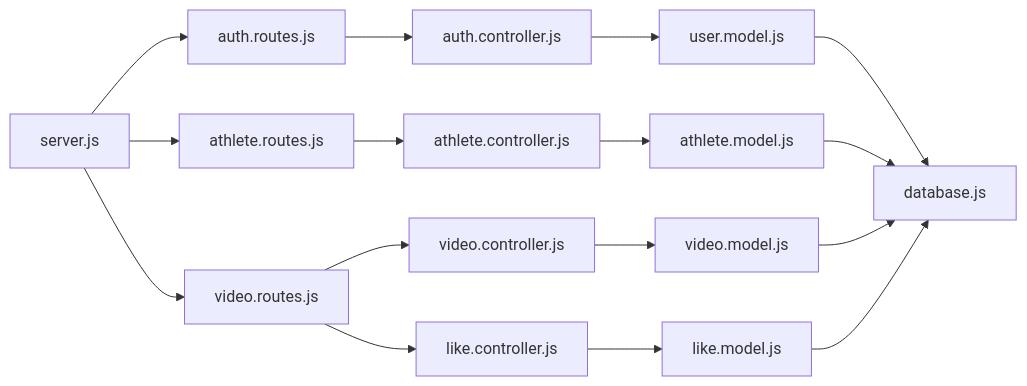
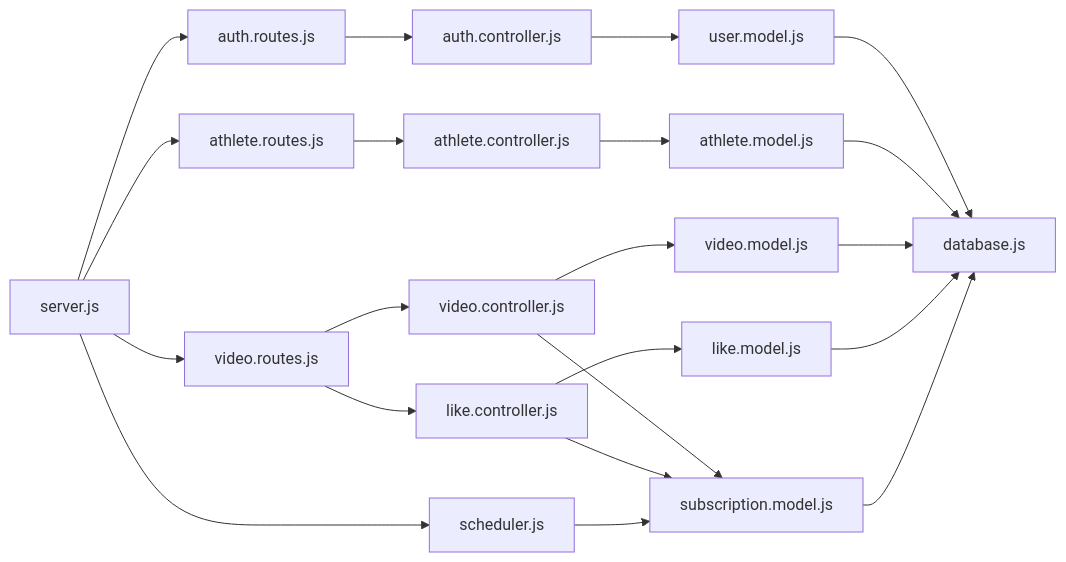
Diagram 12 of 12 in .qoder/repowiki/en/content/Architecture Overview/Backend Architecture.md (Alexandrexicara/craque-vision), drawn with Mermaid before and after one commit. The commit also changed other lines of this file and 10 other files, not shown here.

````diff
--- a/.qoder/repowiki/en/content/Architecture Overview/Backend Architecture.md
+++ b/.qoder/repowiki/en/content/Architecture Overview/Backend Architecture.md
@@ -436,18 +589,23 @@
 ```mermaid
 graph LR
-Server["server.js"] --> RoutesAuth["auth.routes.js"]
+Server["server.js"] --> Scheduler["scheduler.js"]
+Server --> RoutesAuth["auth.routes.js"]
 Server --> RoutesAthlete["athlete.routes.js"]
 Server --> RoutesVideo["video.routes.js"]
 RoutesAuth --> CtrlAuth["auth.controller.js"]
 RoutesAthlete --> CtrlAthlete["athlete.controller.js"]
 RoutesVideo --> CtrlVideo["video.controller.js"]
 RoutesVideo --> CtrlLike["like.controller.js"]
 CtrlAuth --> ModelUser["user.model.js"]
 CtrlAthlete --> ModelAthlete["athlete.model.js"]
 CtrlVideo --> ModelVideo["video.model.js"]
 CtrlLike --> ModelLike["like.model.js"]
+CtrlVideo --> ModelSubscription["subscription.model.js"]
+CtrlLike --> ModelSubscription
 ModelUser --> Pool["database.js"]
 ModelAthlete --> Pool
 ModelVideo --> Pool
 ModelLike --> Pool
+ModelSubscription --> Pool
+Scheduler --> ModelSubscription
 ```
````
